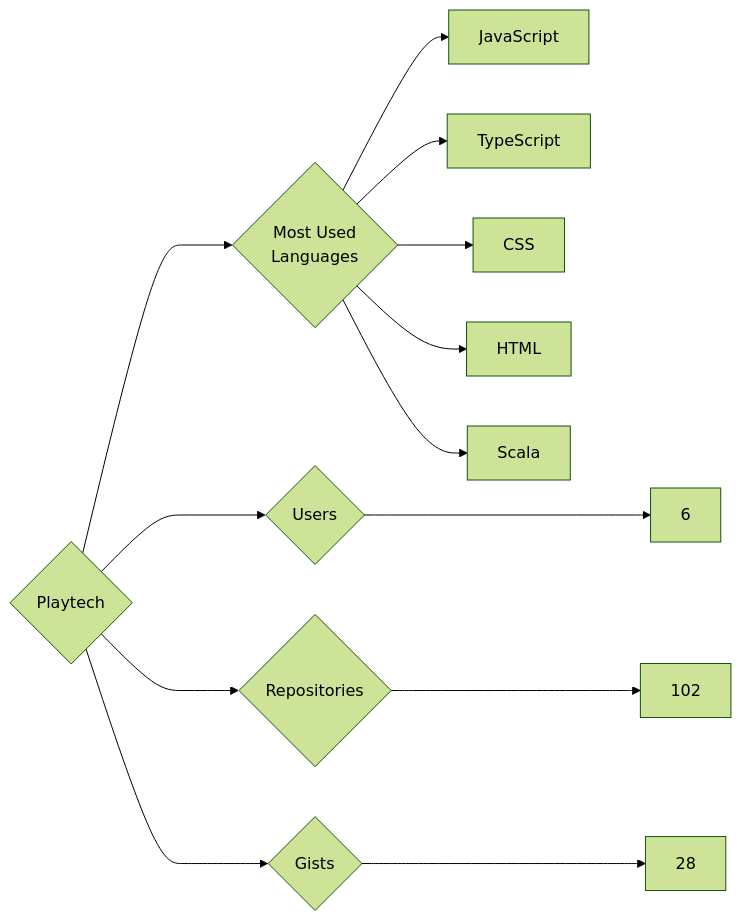
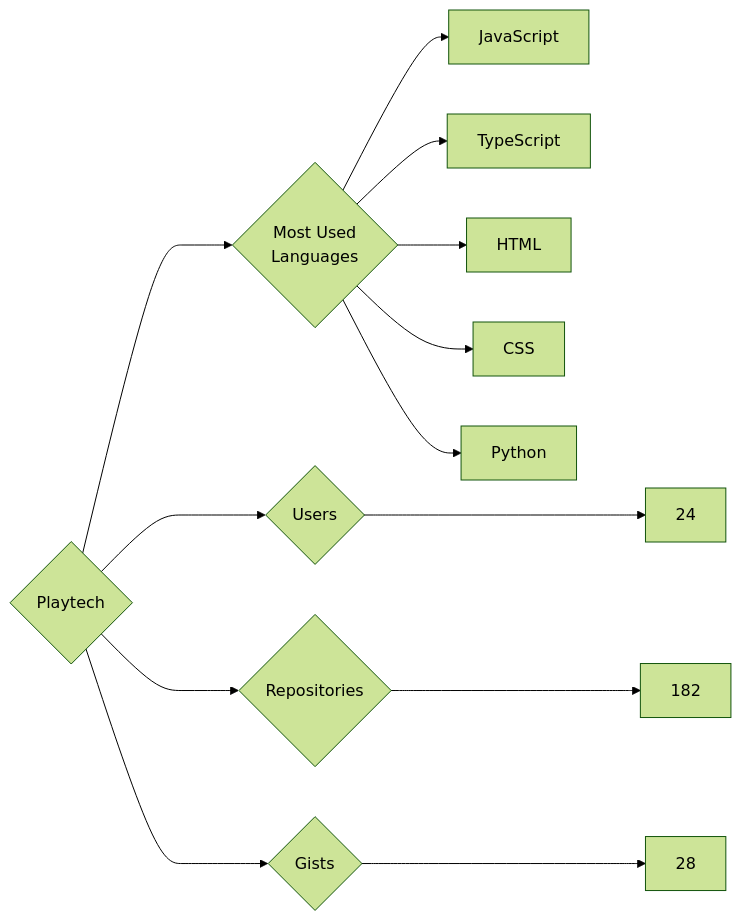
The diagram in targets/Playtech/README.md (trickest/insiders), drawn with Mermaid (forest theme) before and after one commit. The commit also changed 895 other files, not shown here.

````diff
--- a/targets/Playtech/README.md
+++ b/targets/Playtech/README.md
@@ -3,13 +3,13 @@
 ```mermaid
 graph LR
 COMPANY_NAME{Playtech}
-COMPANY_NAME ---> U{Users} ---> UN[6]
-COMPANY_NAME ---> R{Repositories} ---> RN[102]
+COMPANY_NAME ---> U{Users} ---> UN[24]
+COMPANY_NAME ---> R{Repositories} ---> RN[182]
 COMPANY_NAME ---> G{Gists} ---> GN[28]
 COMPANY_NAME ---> ML{Most Used<br>Languages}
 ML --> JavaScript[JavaScript]
 ML --> TypeScript[TypeScript]
+ML --> HTML[HTML]
 ML --> CSS[CSS]
-ML --> HTML[HTML]
-ML --> Scala[Scala]
+ML --> Python[Python]
 ```
````
